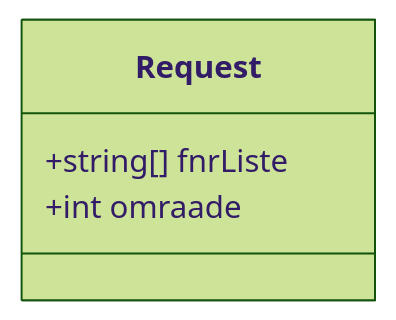
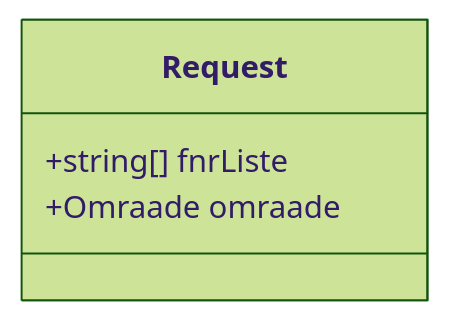
One commit to richardmax-visma/DigiHealth_Documentation changed the diagram in APIs/HelsenorgeAktivSjekken/Classes/Request.mmd. Above: the diagram before and after it, drawn with Mermaid (forest theme). The commit also changed 7 other files, not shown here.

```diff
--- a/APIs/HelsenorgeAktivSjekken/Classes/Request.mmd
+++ b/APIs/HelsenorgeAktivSjekken/Classes/Request.mmd
@@ -1,5 +1,5 @@
 classDiagram
     class Request {
         +string[] fnrListe
-        +int omraade
+        +Omraade omraade
     }
```
